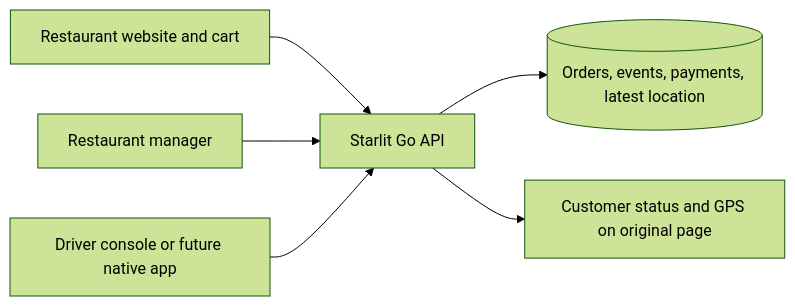
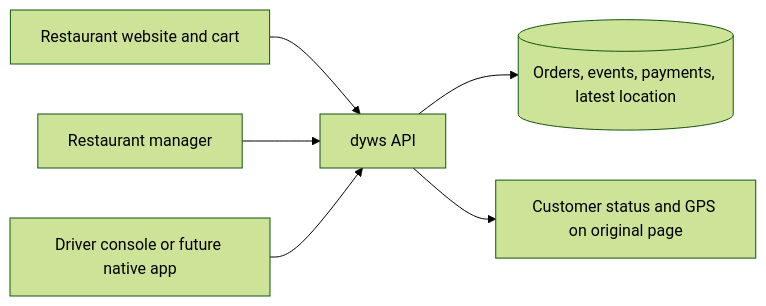
One commit to Starlit-Digital/dyws changed the first of 2 diagrams in docs/architecture.md. Above: the diagram before and after it, drawn with Mermaid (forest theme). The commit also changed 41 other files, not shown here.

````diff
--- a/docs/architecture.md
+++ b/docs/architecture.md
@@ -15,8 +15,8 @@
 ```mermaid
 flowchart LR
- C[Restaurant website and cart] --> API[Starlit Go API]
+ C[Restaurant website and cart] --> API[dyws API]
  M[Restaurant manager] --> API
  D[Driver console or future native app] --> API
  API --> DB[(Orders, events, payments, latest location)]
  API --> T[Customer status and GPS on original page]
 ```
````
